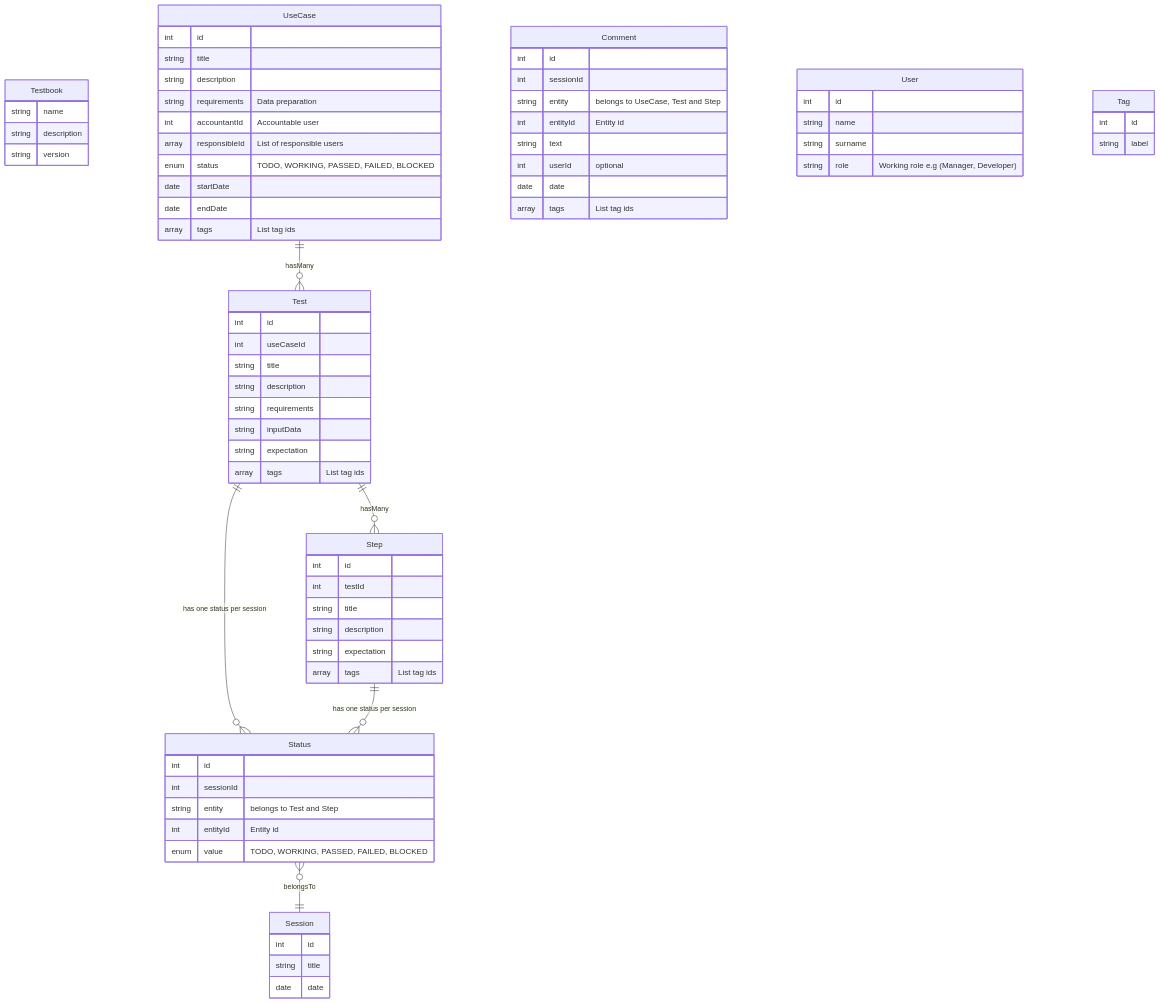
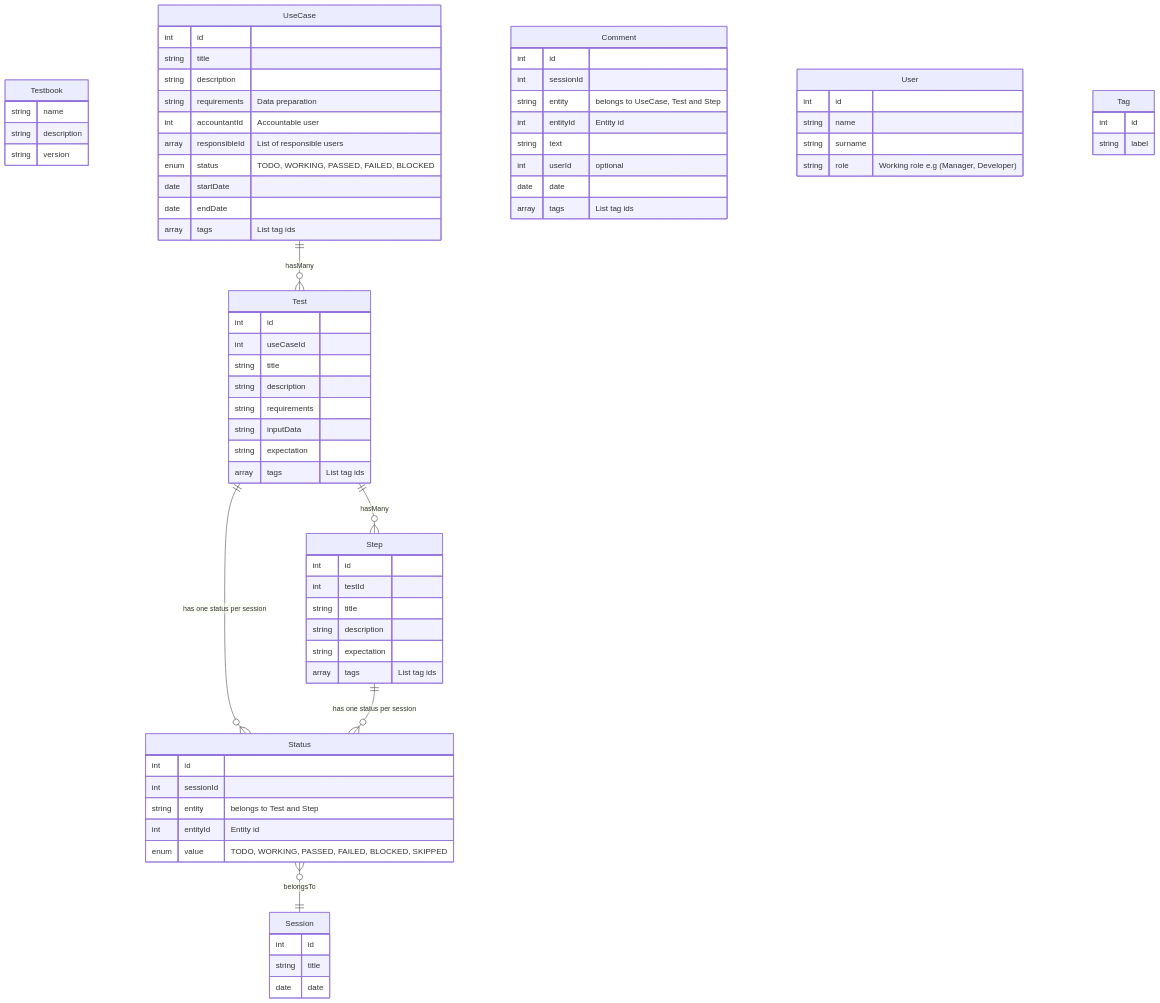
Before and after one commit to intesys/ytestbook: the diagram in doc/data-model.md, drawn with Mermaid.

Commit message:
Add status SKIPPED

````diff
--- a/doc/data-model.md
+++ b/doc/data-model.md
@@ -12,75 +12,75 @@
 ```mermaid
 erDiagram
   Testbook{
     string name
     string description
     string version
   }
   UseCase {
     int id
     string title
     string description
     string requirements "Data preparation"
     int accountantId "Accountable user"
     array responsibleId "List of responsible users"
     enum status "TODO, WORKING, PASSED, FAILED, BLOCKED"
     date startDate
     date endDate
     array tags "List tag ids"
   }
   Test {
     int id
     int useCaseId
     string title
     string description
     string requirements
     string inputData
     string expectation
     array tags "List tag ids"
   }
   Step {
     int id
     int testId
     string title
     string description
     string expectation
     array tags "List tag ids"
   }
   Session {
     int id
     string title
     date date
   }
   Status {
     int id
     int sessionId
     string entity "belongs to Test and Step"
     int entityId "Entity id"
-    enum value "TODO, WORKING, PASSED, FAILED, BLOCKED"
+    enum value "TODO, WORKING, PASSED, FAILED, BLOCKED, SKIPPED"
   }
   Comment {
     int id
     int sessionId
     string entity "belongs to UseCase, Test and Step"
     int entityId "Entity id"
     string text
     int userId "optional"
     date date
     array tags "List tag ids"
   }
   User {
     int id
     string name
     string surname
     string role "Working role e.g (Manager, Developer)"
   }
   Tag {
     int id
     string label
   }
   UseCase   ||--o{   Test     : hasMany
   Test      ||--o{   Step     : hasMany
   Test      ||--o{   Status   : "has one status per session" 
   Step      ||--o{   Status   : "has one status per session"
   Status    }o--||   Session  : belongsTo
 ```
````
